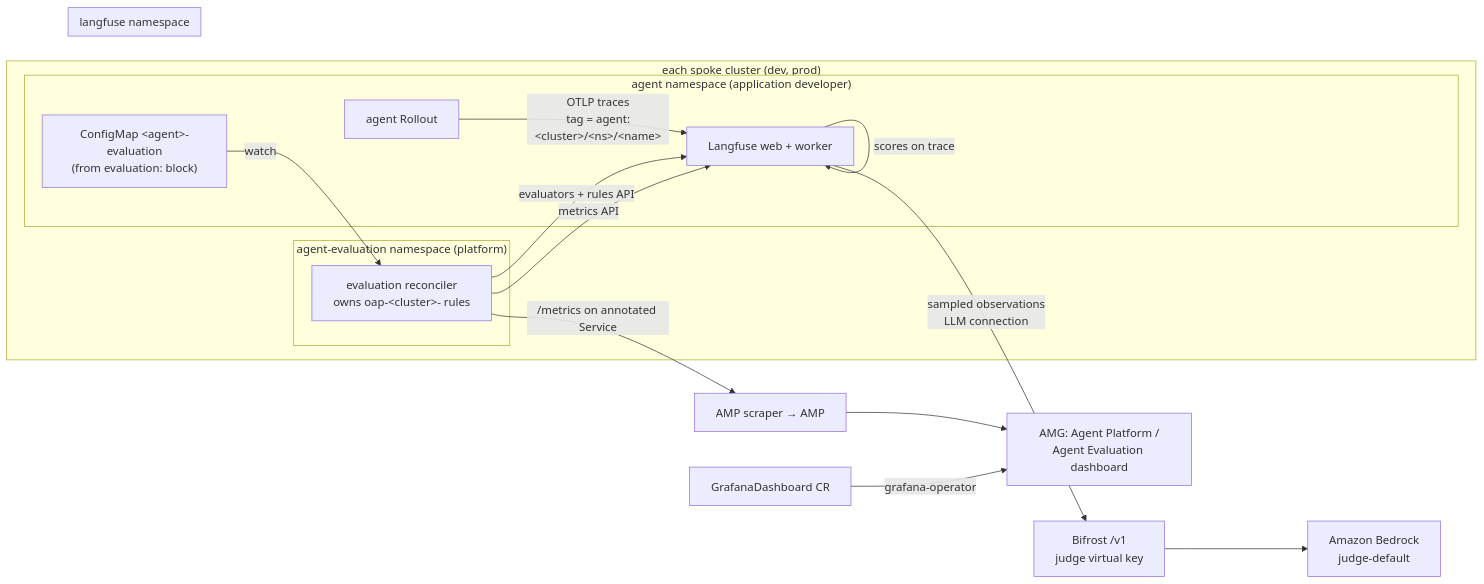
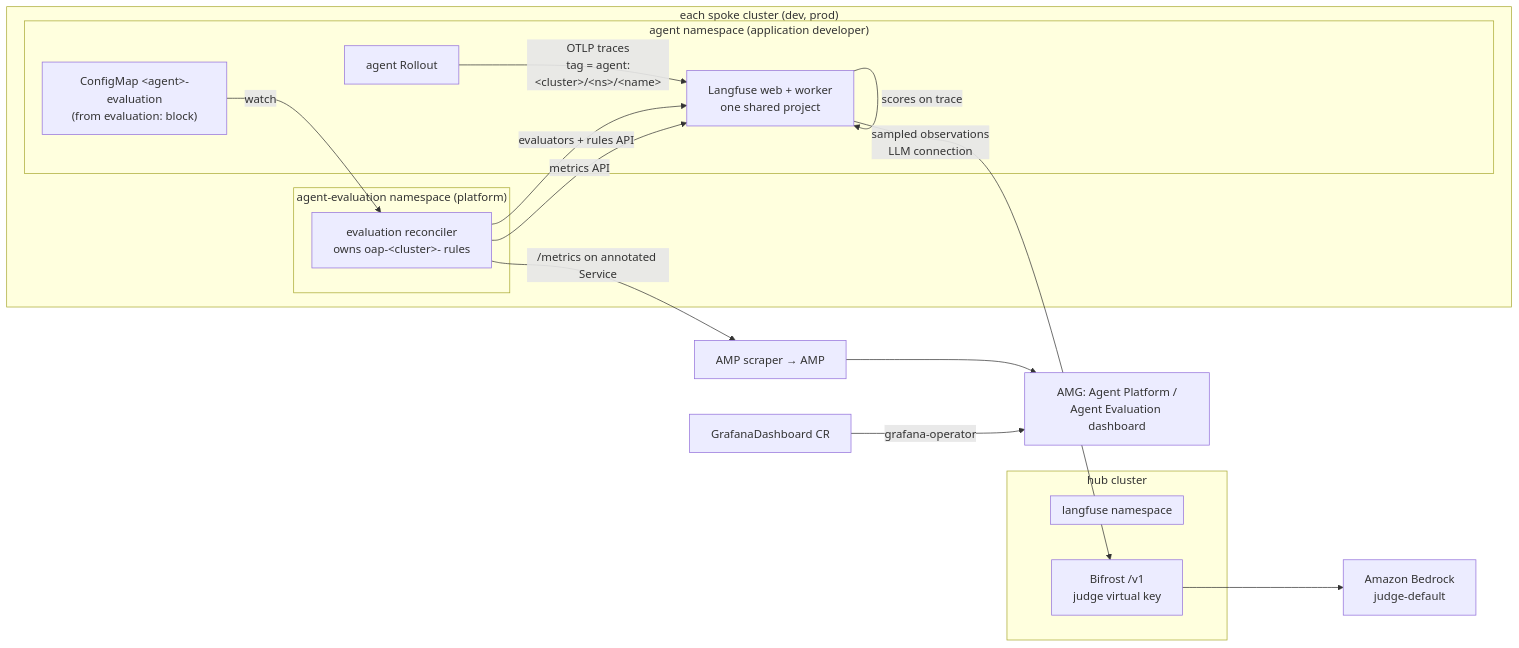
Before and after one commit to awslabs/open-agentic-platform: the third of 4 diagrams in docs/architecture/agent-evaluation.md, drawn with Mermaid.

Commit message:
docs(architecture): draw Langfuse and the judge's Bifrost on the hub cluster
The judge connection runs from the hub Langfuse, so it reaches the hub's
Bifrost; the shared project is labelled on the Langfuse node.

````diff
--- a/docs/architecture/agent-evaluation.md
+++ b/docs/architecture/agent-evaluation.md
@@ -792,25 +792,27 @@
 ```mermaid
 flowchart LR
   subgraph SPOKE["each spoke cluster (dev, prod)"]
     subgraph NS["agent namespace (application developer)"]
       A["agent Rollout"] -- "OTLP traces<br/>tag = agent:&lt;cluster&gt;/&lt;ns&gt;/&lt;name&gt;" --> LF
       CM["ConfigMap &lt;agent&gt;-evaluation<br/>(from evaluation: block)"]
     end
     subgraph EV["agent-evaluation namespace (platform)"]
       R["evaluation reconciler<br/>owns oap-&lt;cluster&gt;- rules"]
     end
   end
-  subgraph LFN["langfuse namespace"]
-    LF["Langfuse web + worker"]
+  subgraph HUB["hub cluster"]
+    subgraph LFN["langfuse namespace"]
+      LF["Langfuse web + worker<br/>one shared project"]
+    end
+    BF["Bifrost /v1<br/>judge virtual key"]
   end
-  BF["Bifrost /v1<br/>judge virtual key"]
   CM -- "watch" --> R
   R -- "evaluators + rules API" --> LF
   LF -- "sampled observations<br/>LLM connection" --> BF
   BF --> BR["Amazon Bedrock<br/>judge-default"]
   LF -- "scores on trace" --> LF
   R -- "metrics API" --> LF
   R -- "/metrics on annotated Service" --> M["AMP scraper → AMP"]
   M --> G["AMG: Agent Platform /<br/>Agent Evaluation dashboard"]
   GD["GrafanaDashboard CR"] -- "grafana-operator" --> G
 ```
````
